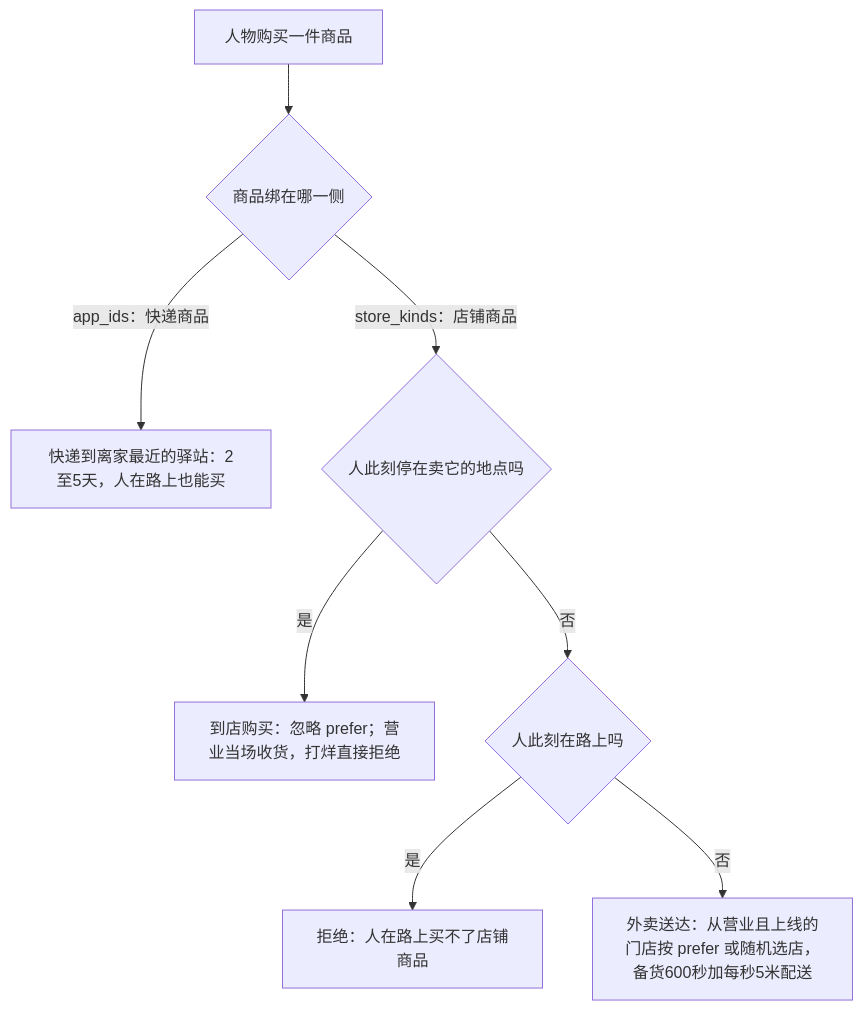
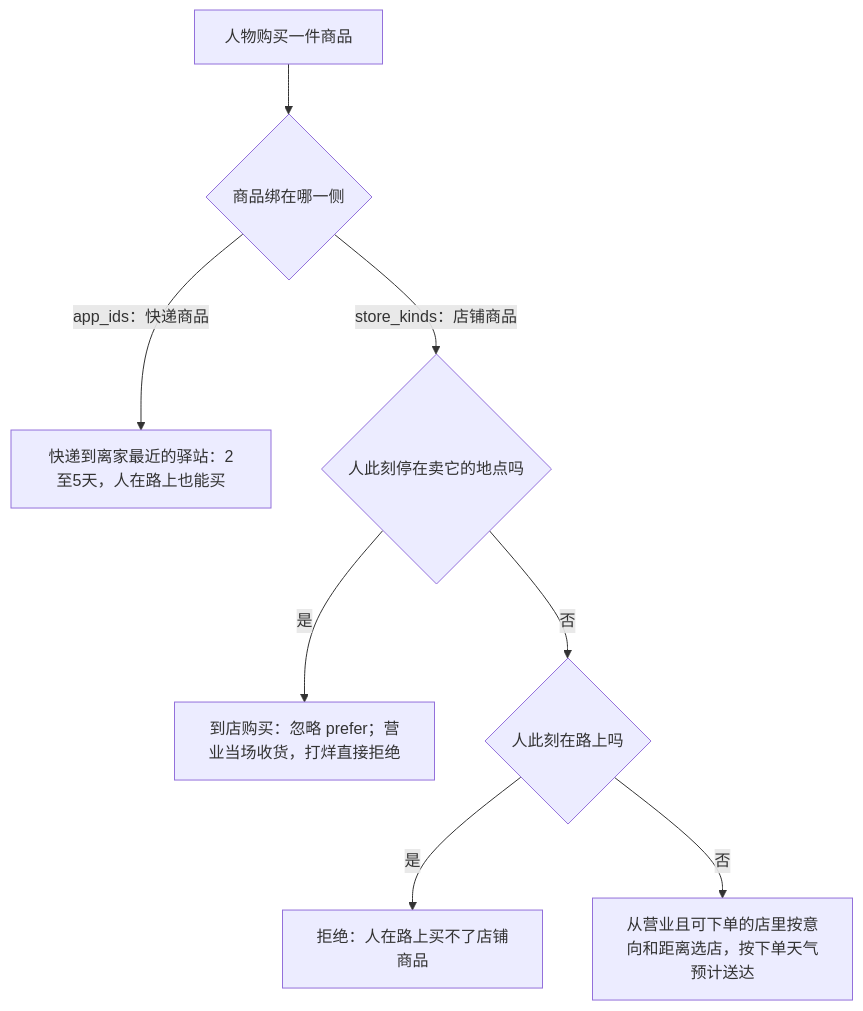
One commit to HoldThatThgt/WorldMock changed the fourth of 7 diagrams in docs/manual/resources.md. Above: the diagram before and after it, drawn with Mermaid. The commit also changed other lines of this file and 89 other files, not shown here.

````diff
--- a/docs/manual/resources.md
+++ b/docs/manual/resources.md
@@ -209,10 +211,10 @@
 ```mermaid
 flowchart TD
     Buy["人物购买一件商品"] --> Container{"商品绑在哪一侧"}
     Container -->|"app_ids：快递商品"| Courier["快递到离家最近的驿站：2至5天，人在路上也能买"]
     Container -->|"store_kinds：店铺商品"| AtShop{"人此刻停在卖它的地点吗"}
     AtShop -->|"是"| InStore["到店购买：忽略 prefer；营业当场收货，打烊直接拒绝"]
     AtShop -->|"否"| OnRoad{"人此刻在路上吗"}
     OnRoad -->|"是"| RejectRoad["拒绝：人在路上买不了店铺商品"]
-    OnRoad -->|"否"| Takeout["外卖送达：从营业且上线的门店按 prefer 或随机选店，备货600秒加每秒5米配送"]
+    OnRoad -->|"否"| Takeout["从营业且可下单的店里按意向和距离选店，按下单天气预计送达"]
 ```
````
